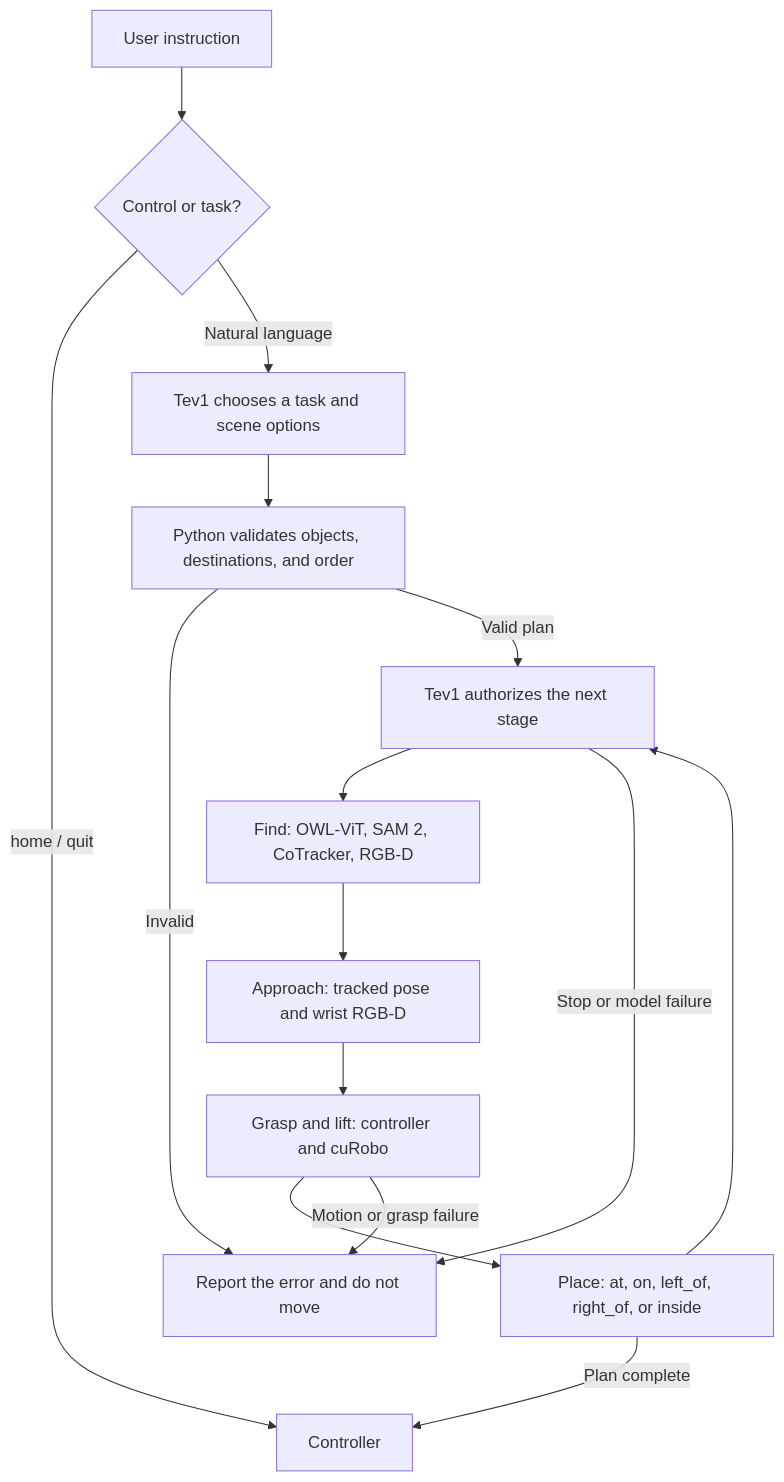
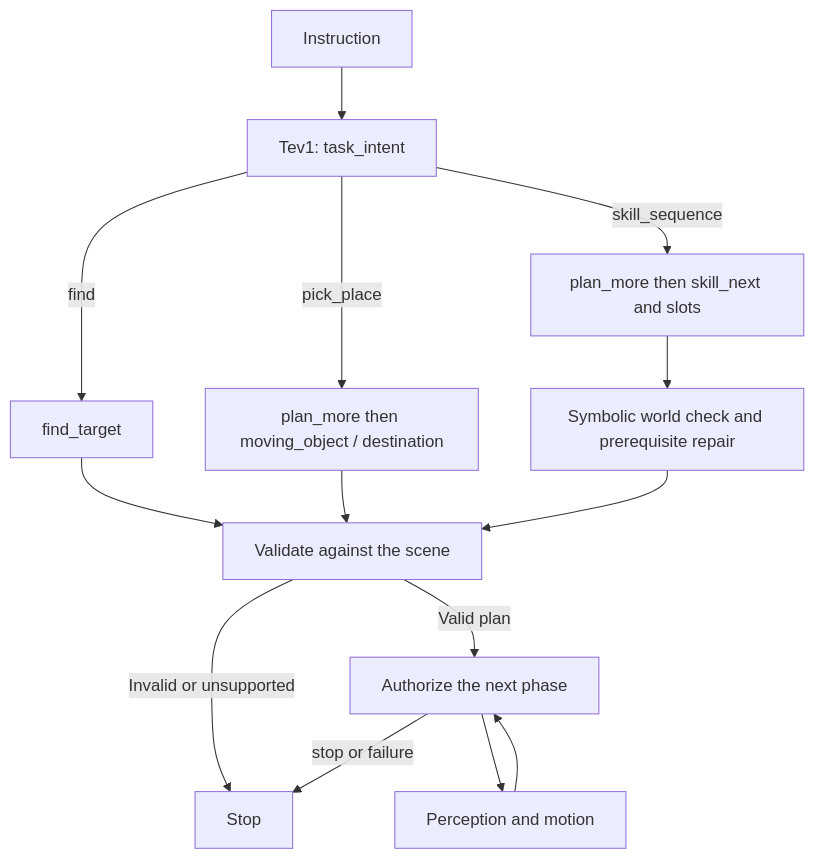
Before and after one commit to khuzema-h/pseudo_vla: the diagram in README.md, drawn with Mermaid. The commit also changed other lines of this file, not shown here.

Commit message:
Improved task design for more generalizable planning

````diff
--- a/README.md
+++ b/README.md
@@ -32,17 +11,16 @@
 ```mermaid
 flowchart TD
-    U[User instruction] --> C{Control or task?}
-    C -->|home / quit| R[Controller]
-    C -->|Natural language| T[Tev1 chooses a task and scene options]
-    T --> V[Python validates objects, destinations, and order]
-    V -->|Invalid| E[Report the error and do not move]
-    V -->|Valid plan| D[Tev1 authorizes the next stage]
-    D --> F[Find: OWL-ViT, SAM 2, CoTracker, RGB-D]
-    F --> A[Approach: tracked pose and wrist RGB-D]
-    A --> G[Grasp and lift: controller and cuRobo]
-    G --> P[Place: at, on, left_of, right_of, or inside]
-    P --> D
-    G -->|Motion or grasp failure| E
-    D -->|Stop or model failure| E
-    P -->|Plan complete| R
+    U[Instruction] --> I[Tev1: task_intent]
+    I -->|find| F[find_target]
+    I -->|pick_place| P[plan_more then moving_object / destination]
+    I -->|skill_sequence| S[plan_more then skill_next and slots]
+    F --> V[Validate against the scene]
+    P --> V
+    S --> W[Symbolic world check and prerequisite repair]
+    W --> V
+    V -->|Invalid or unsupported| E[Stop]
+    V -->|Valid plan| A[Authorize the next phase]
+    A --> X[Perception and motion]
+    X --> A
+    A -->|stop or failure| E
 ```
````
